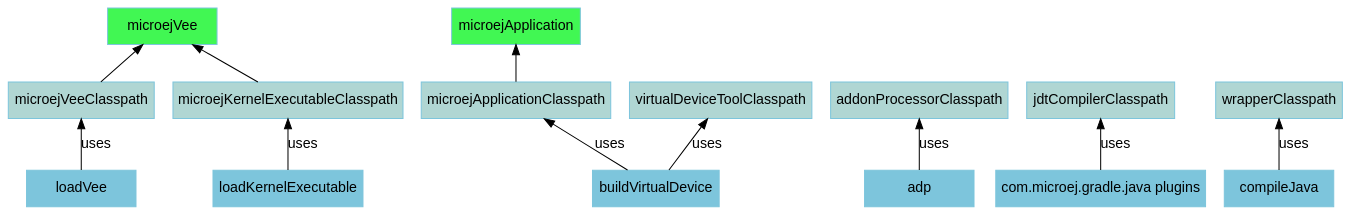
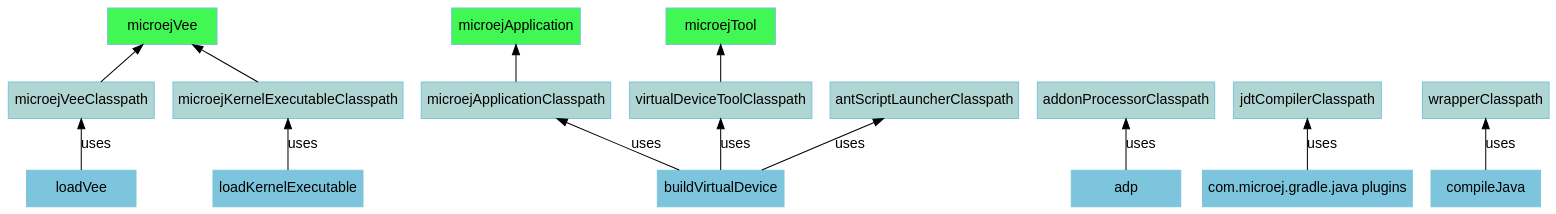
One commit to MicroEJ/docs changed the diagram in SDK6UserGuide/appendix/graphConfigurations.dot. Above: the diagram before and after it, drawn with Graphviz. The commit also changed 1 other file, not shown here.

Commit message:
document how to install tools in a Virtual Device

```diff
--- a/SDK6UserGuide/appendix/graphConfigurations.dot
+++ b/SDK6UserGuide/appendix/graphConfigurations.dot
@@ -1,33 +1,37 @@
 digraph mygraph {
     rankdir="BT";
     bgcolor="transparent"
     fontname="Helvetica,Arial,sans-serif"
     node [
         shape = box
         width = 1.5
         color = "#7dc5dc"
         style = filled
         fontname="Helvetica,Arial,sans-serif"
     ]
     edge [fontname="Helvetica,Arial,sans-serif"]
     "microejVee" [fillcolor = "#41f753"]
     "microejApplication" [fillcolor = "#41f753"]
+    "microejTool" [fillcolor = "#41f753"]
     "microejApplicationClasspath" [fillcolor = "#b0d6d3"]
     "microejVeeClasspath" [fillcolor = "#b0d6d3"]
     "microejKernelExecutableClasspath" [fillcolor = "#b0d6d3"]
     "virtualDeviceToolClasspath" [fillcolor = "#b0d6d3"]
+    "antScriptLauncherClasspath" [fillcolor = "#b0d6d3"]
     "addonProcessorClasspath" [fillcolor = "#b0d6d3"]
     "jdtCompilerClasspath" [fillcolor = "#b0d6d3"]
     "wrapperClasspath" [fillcolor = "#b0d6d3"]
 
     "loadVee" -> "microejVeeClasspath" [ label="uses" ]
     "microejVeeClasspath" -> "microejVee"
     "loadKernelExecutable" -> "microejKernelExecutableClasspath" [ label="uses" ]
     "microejKernelExecutableClasspath" -> "microejVee"
     "buildVirtualDevice" -> "microejApplicationClasspath" [ label="uses" ]
     "buildVirtualDevice" -> "virtualDeviceToolClasspath" [ label="uses" ]
+    "buildVirtualDevice" -> "antScriptLauncherClasspath" [ label="uses" ]
     "microejApplicationClasspath" -> "microejApplication"
     "adp" -> "addonProcessorClasspath" [ label="uses" ]
     "com.microej.gradle.java plugins" -> "jdtCompilerClasspath" [ label="uses" ]
     "compileJava" -> "wrapperClasspath" [ label="uses" ]
+    "virtualDeviceToolClasspath" -> "microejTool"
 }
```
